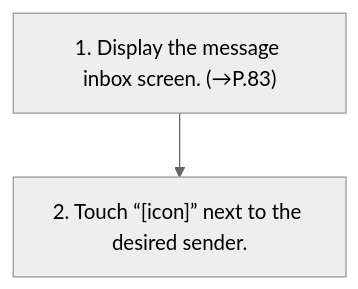
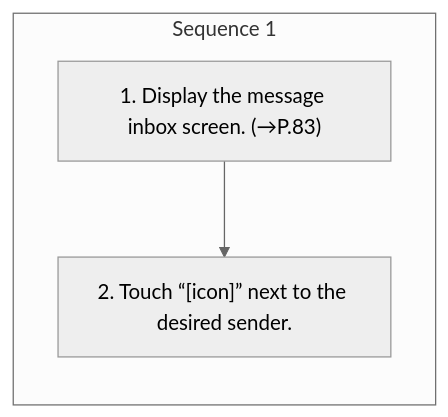
Before and after one commit to Chieko-Y/my-spec-generator: the diagram in workspace/subaru/outback-2026/ivi/published/phone/20-calling-the-message-sender.md, drawn with Mermaid (neutral theme). The commit also changed other lines of this file and 268 other files, not shown here.

````diff
--- a/workspace/subaru/outback-2026/ivi/published/phone/20-calling-the-message-sender.md
+++ b/workspace/subaru/outback-2026/ivi/published/phone/20-calling-the-message-sender.md
@@ -9,6 +9,9 @@
 ```mermaid
 flowchart TD
-    S1["1. Display the message inbox screen. (→P.83)"]
-    S2["2. Touch “[icon]” next to the desired sender."]
-    S1 --> S2
+    subgraph SEQ1["Sequence 1"]
+    direction TB
+    S1_1["1. Display the message inbox screen. (→P.83)"]
+    S1_2["2. Touch “[icon]” next to the desired sender."]
+    S1_1 --> S1_2
+    end
 ```
````
